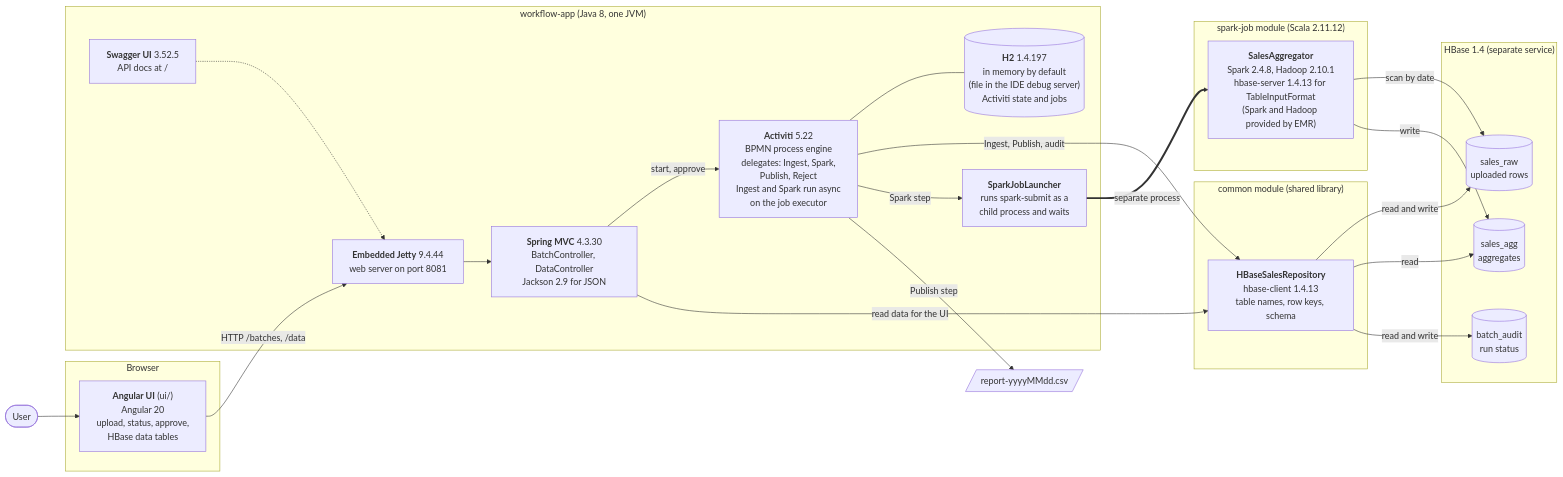
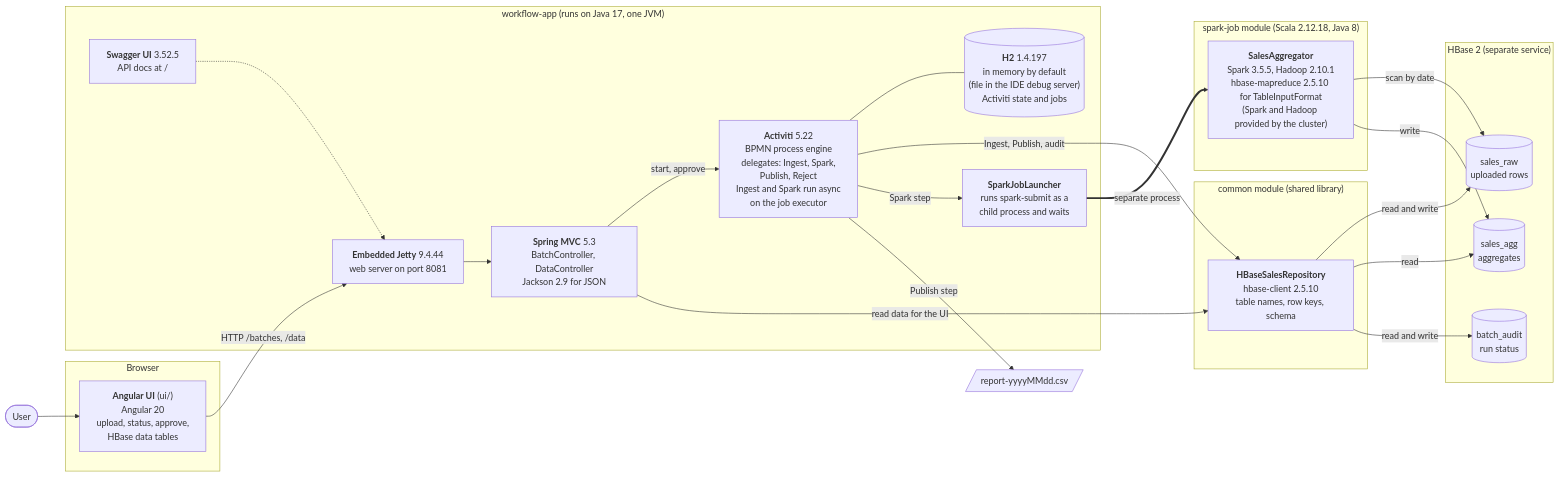
One commit to ankursingh119/javapoc1.8 changed the first of 3 diagrams in ARCHITECTURE.md. Above: the diagram before and after it, drawn with Mermaid. The commit also changed other lines of this file and 7 other files, not shown here.

Commit message:
SBJ17-14: Build - documents and diagrams name today's versions and the move off EMR 5.36

````diff
--- a/ARCHITECTURE.md
+++ b/ARCHITECTURE.md
@@ -13,50 +15,50 @@
 ```mermaid
 flowchart LR
     USER(["User"])
 
     subgraph BROWSER["Browser"]
         UI["<b>Angular UI</b> (ui/)<br/>Angular 20<br/>upload, status, approve,<br/>HBase data tables"]
     end
 
-    subgraph APP["workflow-app (Java 8, one JVM)"]
+    subgraph APP["workflow-app (runs on Java 17, one JVM)"]
         JET["<b>Embedded Jetty</b> 9.4.44<br/>web server on port 8081"]
-        MVC["<b>Spring MVC</b> 4.3.30<br/>BatchController, DataController<br/>Jackson 2.9 for JSON"]
+        MVC["<b>Spring MVC</b> 5.3<br/>BatchController, DataController<br/>Jackson 2.9 for JSON"]
         ACT["<b>Activiti</b> 5.22<br/>BPMN process engine<br/>delegates: Ingest, Spark,<br/>Publish, Reject<br/>Ingest and Spark run async<br/>on the job executor"]
         H2[("<b>H2</b> 1.4.197<br/>in memory by default<br/>(file in the IDE debug server)<br/>Activiti state and jobs")]
         SW["<b>Swagger UI</b> 3.52.5<br/>API docs at /"]
         LAUNCH["<b>SparkJobLauncher</b><br/>runs spark-submit as a<br/>child process and waits"]
     end
 
     subgraph COMMON["common module (shared library)"]
-        REPO["<b>HBaseSalesRepository</b><br/>hbase-client 1.4.13<br/>table names, row keys, schema"]
+        REPO["<b>HBaseSalesRepository</b><br/>hbase-client 2.5.10<br/>table names, row keys, schema"]
     end
 
-    subgraph SPARKMOD["spark-job module (Scala 2.11.12)"]
-        AGG["<b>SalesAggregator</b><br/>Spark 2.4.8, Hadoop 2.10.1<br/>hbase-server 1.4.13 for TableInputFormat<br/>(Spark and Hadoop provided by EMR)"]
+    subgraph SPARKMOD["spark-job module (Scala 2.12.18, Java 8)"]
+        AGG["<b>SalesAggregator</b><br/>Spark 3.5.5, Hadoop 2.10.1<br/>hbase-mapreduce 2.5.10 for TableInputFormat<br/>(Spark and Hadoop provided by the cluster)"]
     end
 
-    subgraph HBASE["HBase 1.4 (separate service)"]
+    subgraph HBASE["HBase 2 (separate service)"]
         RAW[("sales_raw<br/>uploaded rows")]
         AGGT[("sales_agg<br/>aggregates")]
         AUD[("batch_audit<br/>run status")]
     end
 
     REPORT[/"report-yyyyMMdd.csv"/]
 
     USER --> UI
     UI -->|"HTTP /batches, /data"| JET
     JET --> MVC
     SW -.-> JET
     MVC -->|"start, approve"| ACT
     ACT --- H2
     ACT -->|"Ingest, Publish, audit"| REPO
     MVC -->|"read data for the UI"| REPO
     ACT -->|"Spark step"| LAUNCH
     LAUNCH ==>|"separate process"| AGG
     REPO -->|"read and write"| RAW
     REPO -->|"read"| AGGT
     REPO -->|"read and write"| AUD
     AGG -->|"scan by date"| RAW
     AGG -->|"write"| AGGT
     ACT -->|"Publish step"| REPORT
 ```
````
